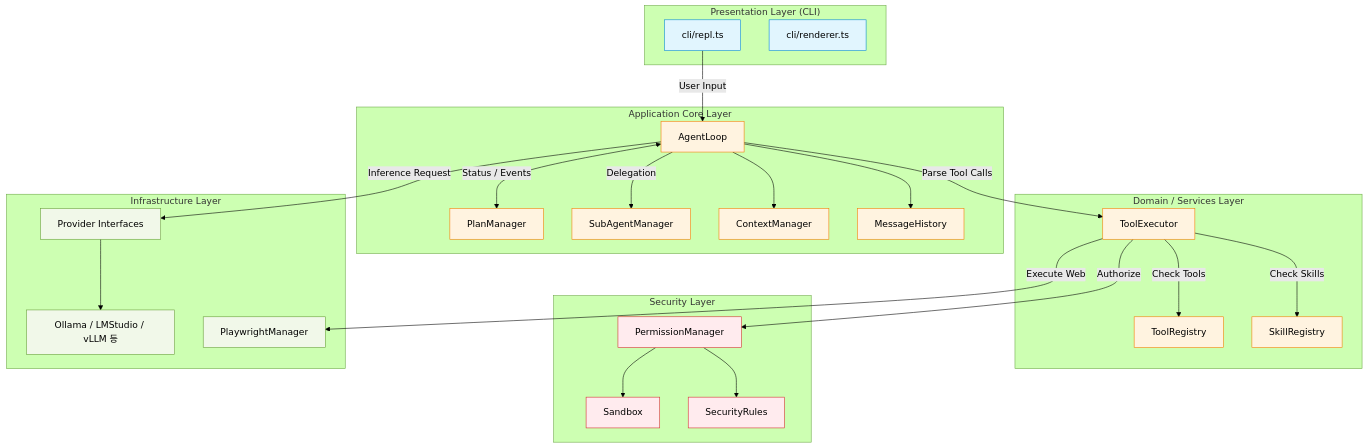
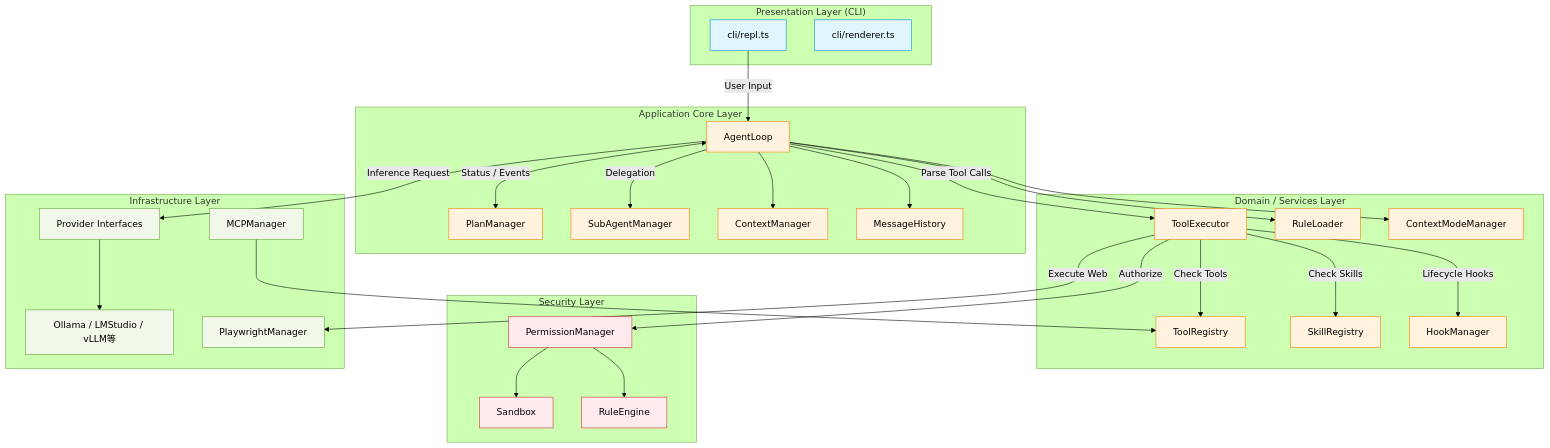
One commit to t2k2pp/lllmAgents changed the first of 15 diagrams in docs/internal_design.md. Above: the diagram before and after it, drawn with Mermaid (forest theme). The commit also changed other lines of this file and 10 other files, not shown here.

````diff
--- a/docs/internal_design.md
+++ b/docs/internal_design.md
@@ -9,57 +13,65 @@
 ```mermaid
 graph TD
     classDef ui fill:#e1f5fe,stroke:#0288d1;
     classDef core fill:#fff3e0,stroke:#f57c00;
     classDef infra fill:#f1f8e9,stroke:#689f38;
     classDef sec fill:#ffebee,stroke:#d32f2f;
 
     subgraph "Presentation Layer (CLI)"
         REPL[cli/repl.ts]:::ui
         Renderer[cli/renderer.ts]:::ui
     end
 
     subgraph "Application Core Layer"
         AL[AgentLoop]:::core
         PM[PlanManager]:::core
         SM[SubAgentManager]:::core
         CM[ContextManager]:::core
         Mem[MessageHistory]:::core
     end
 
     subgraph "Domain / Services Layer"
         TR[ToolRegistry]:::core
         TE[ToolExecutor]:::core
         SR[SkillRegistry]:::core
+        HM[HookManager]:::core
+        RL[RuleLoader]:::core
+        CMM[ContextModeManager]:::core
     end
 
     subgraph "Security Layer"
         Perm[PermissionManager]:::sec
         Sand[Sandbox]:::sec
-        Rules[SecurityRules]:::sec
+        RE[RuleEngine]:::sec
     end
 
     subgraph "Infrastructure Layer"
         Prov[Provider Interfaces]:::infra
-        Clients[Ollama / LMStudio / vLLM 등]:::infra
+        Clients[Ollama / LMStudio / vLLM等]:::infra
         Play[PlaywrightManager]:::infra
+        MCP[MCPManager]:::infra
     end
 
     REPL --> |User Input| AL
     AL --> Mem
     AL --> CM
     AL <--> |Status / Events| PM
     AL --> |Delegation| SM
     AL --> |Inference Request| Prov
     Prov --> Clients
-    
+
     AL --> |Parse Tool Calls| TE
     TE --> |Check Tools| TR
     TE --> |Check Skills| SR
     TE --> |Authorize| Perm
+    TE --> |Lifecycle Hooks| HM
 
     Perm --> Sand
-    Perm --> Rules
-    
+    Perm --> RE
+
     TE --> |Execute Web| Play
 
+    AL --> RL
+    AL --> CMM
+    MCP --> TR
 ```
````
